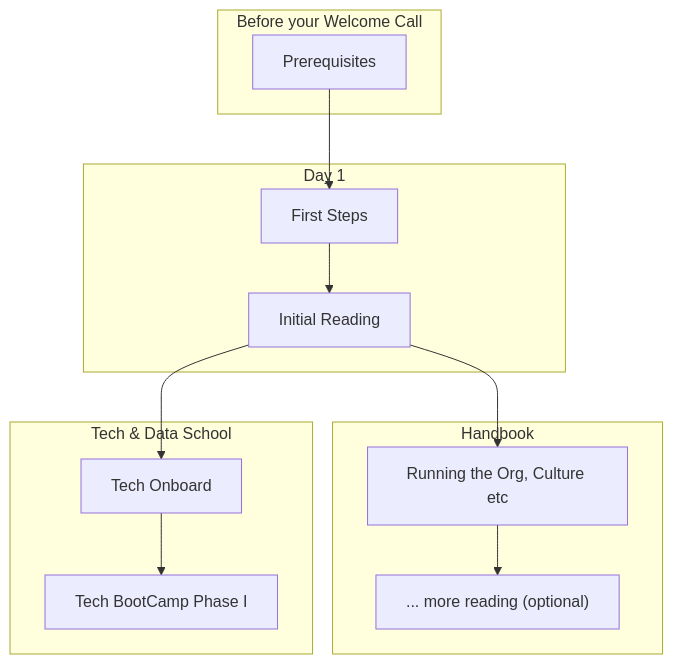
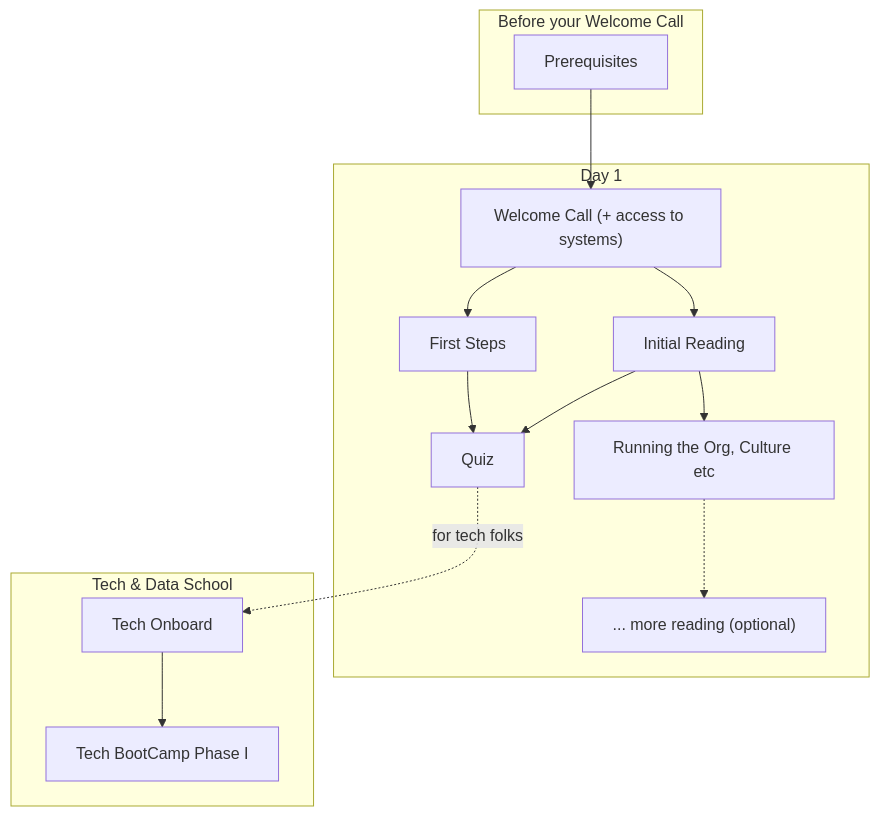
Before and after one commit to datopian/playbook: the diagram in onboarding/README.md, drawn with Mermaid. The commit also changed other lines of this file, not shown here.

Commit message:
[onboarding][s]: clarify steps order in diagram based on feedback from new onboarder.

````diff
--- a/onboarding/README.md
+++ b/onboarding/README.md
@@ -18,28 +20,31 @@
 ```mermaid
 graph TD
 
 firststeps[First Steps]
 tech[Tech Onboard]
 tech2[Tech BootCamp Phase I]
 moreinfo[Initial Reading]
 rto[Running the Org, Culture etc]
+welcome["Welcome Call (+ access to systems)"]
+quiz[Quiz]
+howtos["... more reading (optional)"]
 
 subgraph "Before your Welcome Call"
   basics[Prerequisites]
 end
 
-subgraph "Handbook"
-  rto --> howtos["... more reading (optional)"]
-end
-
 subgraph "Day 1"
-  basics --> firststeps
-  firststeps --> moreinfo 
+  basics --> welcome
+  welcome --> firststeps
+  welcome --> moreinfo 
   moreinfo --> rto
+  moreinfo --> quiz
+  firststeps --> quiz
+  rto -.-> howtos
 end
 
 subgraph "Tech & Data School"
-  moreinfo --> tech
+  quiz -. for tech folks .-> tech
   tech --> tech2
 end
 ```
````
